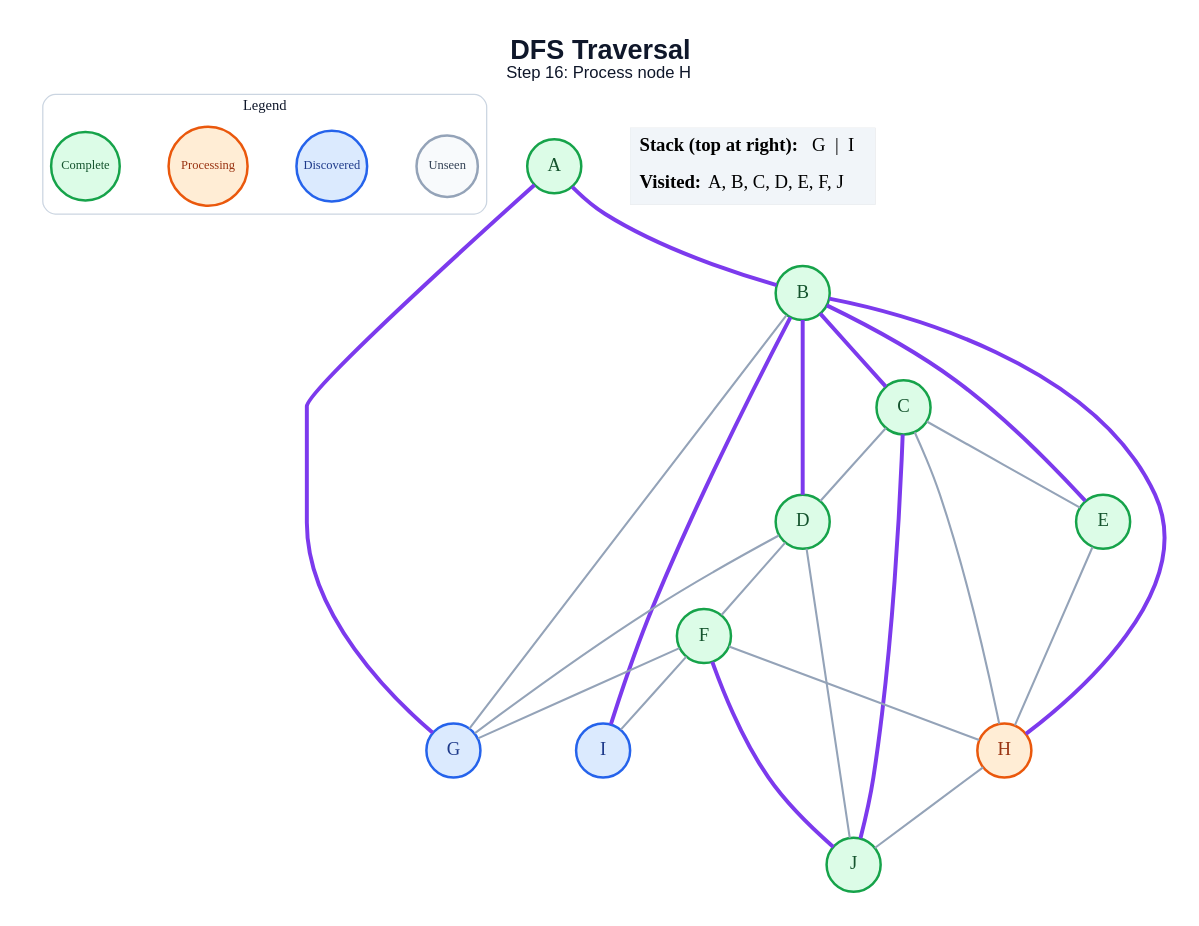
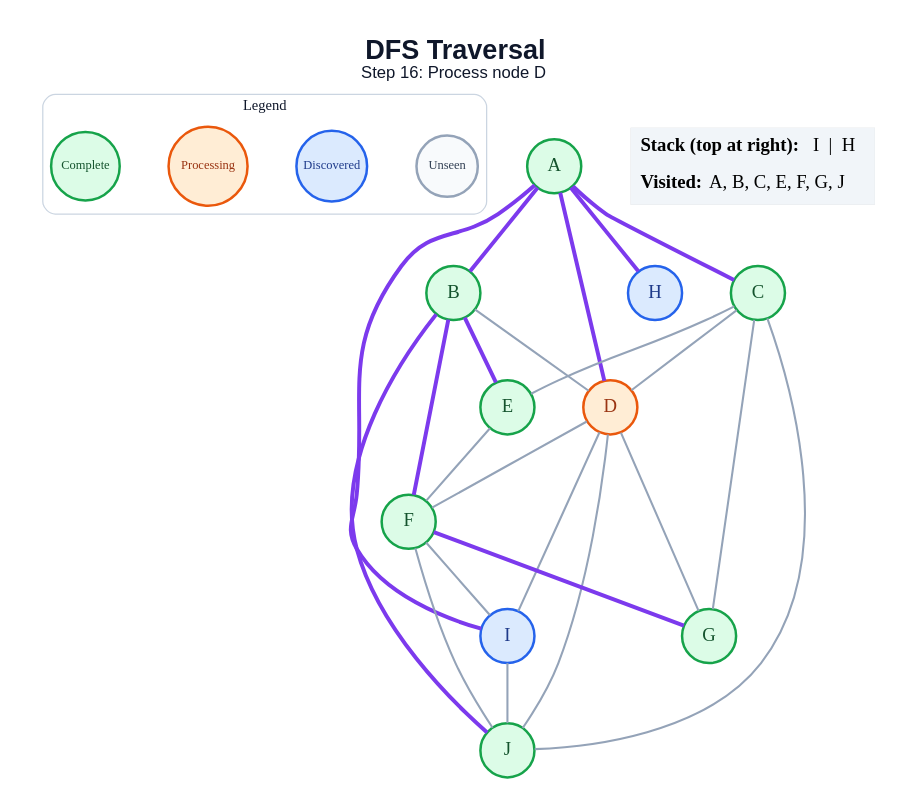
Before and after one commit to anon7238593-create/ai-slop: the diagram in generated/dfs/step_16.dot, drawn with Graphviz. The commit also changed 171 other files, not shown here.

```diff
--- a/generated/dfs/step_16.dot
+++ b/generated/dfs/step_16.dot
@@ -1,50 +1,51 @@
 graph traversal {
   graph [layout=dot, rankdir=TB, bgcolor="#FFFFFF", pad="0.35", nodesep="0.65", ranksep="0.8", fontname="Arial"];
   node [shape=circle, style="filled", fontname="Arial Bold", fontsize=18, width=0.72, fixedsize=true, penwidth=2.4];
   edge [color="#94A3B8", penwidth=2.0];
-  label=<<B>DFS Traversal</B><BR/><FONT POINT-SIZE="16">Step 16: Process node H</FONT>>; labelloc="t"; fontsize=26; fontname="Arial"; fontcolor="#0F172A";
+  label=<<B>DFS Traversal</B><BR/><FONT POINT-SIZE="16">Step 16: Process node D</FONT>>; labelloc="t"; fontsize=26; fontname="Arial"; fontcolor="#0F172A";
   subgraph cluster_legend { label="Legend"; color="#CBD5E1"; penwidth=1.2; style="rounded"; fontsize=14; fontname="Arial Bold";
     key_unseen [label="Unseen", fillcolor="#F8FAFC", color="#94A3B8", fontcolor="#334155", fontsize=12, width=0.82];
     key_frontier [label="Discovered", fillcolor="#DBEAFE", color="#2563EB", fontcolor="#1E3A8A", fontsize=12, width=0.95];
     key_current [label="Processing", fillcolor="#FFEDD5", color="#EA580C", fontcolor="#9A3412", fontsize=12, width=1.05];
     key_done [label="Complete", fillcolor="#DCFCE7", color="#16A34A", fontcolor="#14532D", fontsize=12, width=0.92];
     { rank=same; key_unseen; key_frontier; key_current; key_done; }
   }
   A [fillcolor="#DCFCE7", color="#16A34A", fontcolor="#14532D"];
   B [fillcolor="#DCFCE7", color="#16A34A", fontcolor="#14532D"];
   C [fillcolor="#DCFCE7", color="#16A34A", fontcolor="#14532D"];
-  D [fillcolor="#DCFCE7", color="#16A34A", fontcolor="#14532D"];
+  D [fillcolor="#FFEDD5", color="#EA580C", fontcolor="#9A3412"];
   E [fillcolor="#DCFCE7", color="#16A34A", fontcolor="#14532D"];
   F [fillcolor="#DCFCE7", color="#16A34A", fontcolor="#14532D"];
-  G [fillcolor="#DBEAFE", color="#2563EB", fontcolor="#1E3A8A"];
-  H [fillcolor="#FFEDD5", color="#EA580C", fontcolor="#9A3412"];
+  G [fillcolor="#DCFCE7", color="#16A34A", fontcolor="#14532D"];
+  H [fillcolor="#DBEAFE", color="#2563EB", fontcolor="#1E3A8A"];
   I [fillcolor="#DBEAFE", color="#2563EB", fontcolor="#1E3A8A"];
   J [fillcolor="#DCFCE7", color="#16A34A", fontcolor="#14532D"];
   A -- B [color="#7C3AED", penwidth=3.8];
-  A -- G [color="#7C3AED", penwidth=3.8];
-  B -- C [color="#7C3AED", penwidth=3.8];
-  B -- D [color="#7C3AED", penwidth=3.8];
+  A -- C [color="#7C3AED", penwidth=3.8];
+  A -- D [color="#7C3AED", penwidth=3.8];
+  A -- H [color="#7C3AED", penwidth=3.8];
+  A -- I [color="#7C3AED", penwidth=3.8];
+  B -- D;
   B -- E [color="#7C3AED", penwidth=3.8];
-  B -- G;
-  B -- H [color="#7C3AED", penwidth=3.8];
-  B -- I [color="#7C3AED", penwidth=3.8];
+  B -- F [color="#7C3AED", penwidth=3.8];
+  B -- J [color="#7C3AED", penwidth=3.8];
   C -- D;
   C -- E;
-  C -- H;
-  C -- J [color="#7C3AED", penwidth=3.8];
+  C -- G;
+  C -- J;
   D -- F;
   D -- G;
+  D -- I;
   D -- J;
-  E -- H;
-  F -- G;
-  F -- H;
+  E -- F;
+  F -- G [color="#7C3AED", penwidth=3.8];
   F -- I;
-  F -- J [color="#7C3AED", penwidth=3.8];
-  H -- J;
+  F -- J;
+  I -- J;
   status [shape=plain, fixedsize=false, width=0, height=0, margin=0, label=<
     <TABLE BORDER="0" CELLBORDER="0" CELLPADDING="7" BGCOLOR="#F1F5F9">
-      <TR><TD ALIGN="LEFT"><B>Stack (top at right):</B> G  |  I</TD></TR>
-      <TR><TD ALIGN="LEFT"><B>Visited:</B> A, B, C, D, E, F, J</TD></TR>
+      <TR><TD ALIGN="LEFT"><B>Stack (top at right):</B> I  |  H</TD></TR>
+      <TR><TD ALIGN="LEFT"><B>Visited:</B> A, B, C, E, F, G, J</TD></TR>
     </TABLE>
   >];
 }
```
